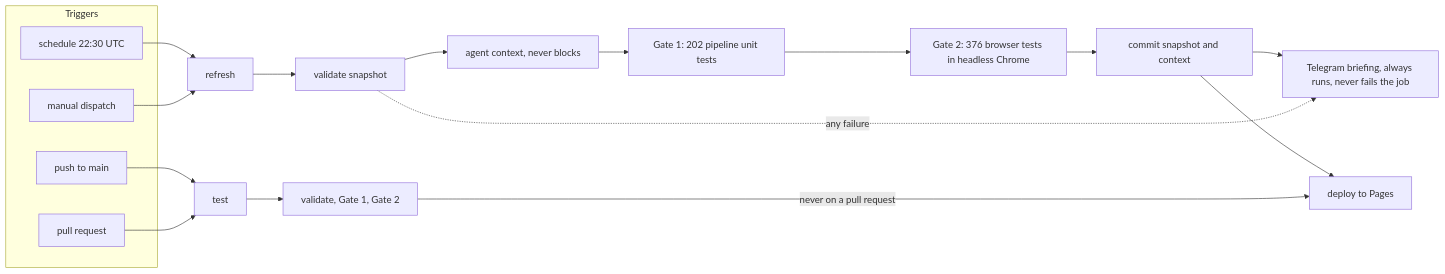
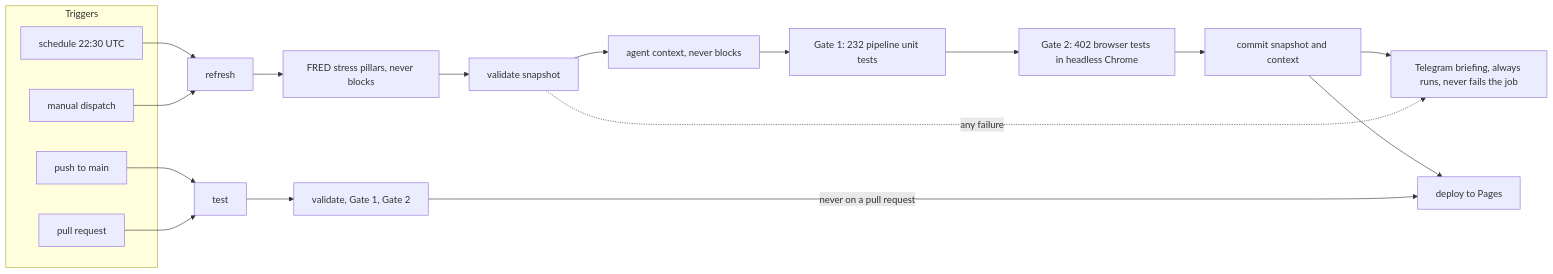
One commit to myc208/quantlens changed the fourth of 6 diagrams in README.md. Above: the diagram before and after it, drawn with Mermaid. The commit also changed other lines of this file and 25 other files, not shown here.

````diff
--- a/README.md
+++ b/README.md
@@ -1008,19 +1094,19 @@
 ```mermaid
 flowchart LR
   subgraph T["Triggers"]
     S["schedule 22:30 UTC"]
     D["manual dispatch"]
     P["push to main"]
     PR["pull request"]
   end
   S --> REF["refresh"]
   D --> REF
   P --> TEST["test"]
   PR --> TEST
-  REF --> V["validate snapshot"] --> BCX["agent context, never blocks"] --> G1["Gate 1: 202 pipeline unit tests"] --> G2["Gate 2: 376 browser tests in headless Chrome"] --> C["commit snapshot and context"]
+  REF --> FRED["FRED stress pillars, never blocks"] --> V["validate snapshot"] --> BCX["agent context, never blocks"] --> G1["Gate 1: 232 pipeline unit tests"] --> G2["Gate 2: 402 browser tests in headless Chrome"] --> C["commit snapshot and context"]
   C --> TG["Telegram briefing, always runs, never fails the job"]
   V -.->|"any failure"| TG
   TEST --> V2["validate, Gate 1, Gate 2"]
   C --> DEP["deploy to Pages"]
   V2 -->|"never on a pull request"| DEP
 ```
````
